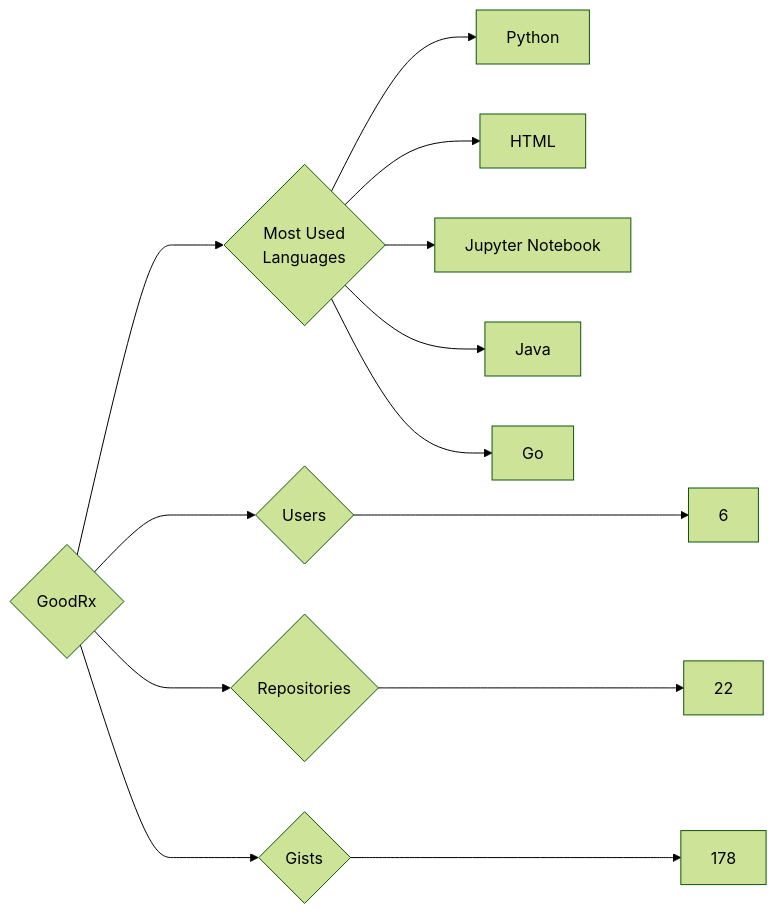
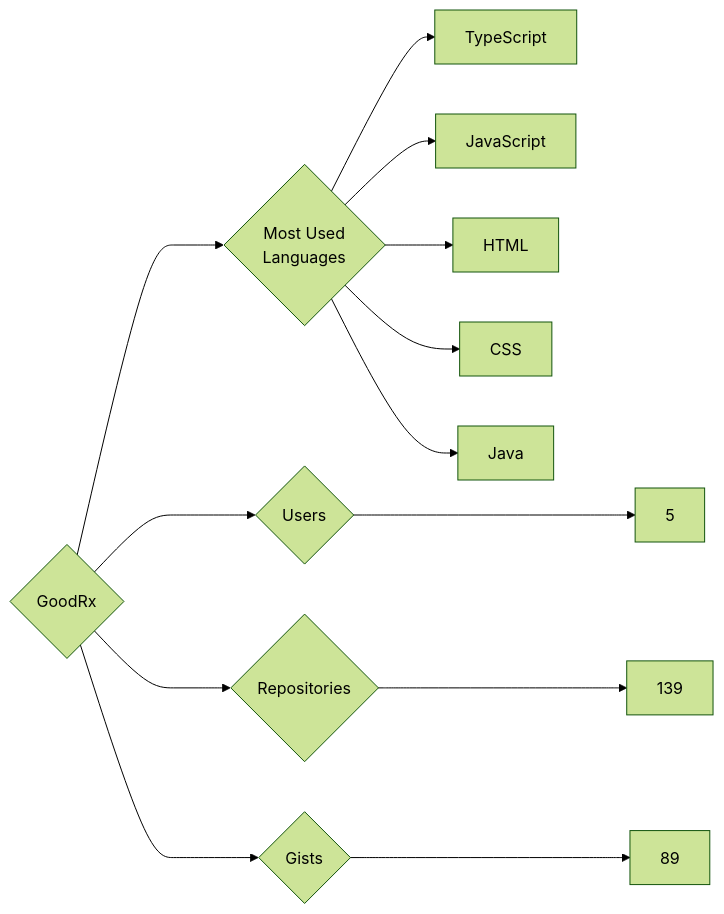
The diagram in targets/GoodRx/README.md (trickest/insiders), drawn with Mermaid (forest theme) before and after one commit. The commit also changed 985 other files, not shown here.

````diff
--- a/targets/GoodRx/README.md
+++ b/targets/GoodRx/README.md
@@ -3,13 +3,13 @@
 ```mermaid
 graph LR
 COMPANY_NAME{GoodRx}
-COMPANY_NAME ---> U{Users} ---> UN[6]
-COMPANY_NAME ---> R{Repositories} ---> RN[22]
-COMPANY_NAME ---> G{Gists} ---> GN[178]
+COMPANY_NAME ---> U{Users} ---> UN[5]
+COMPANY_NAME ---> R{Repositories} ---> RN[139]
+COMPANY_NAME ---> G{Gists} ---> GN[89]
 COMPANY_NAME ---> ML{Most Used<br>Languages}
-ML --> Python[Python]
+ML --> TypeScript[TypeScript]
+ML --> JavaScript[JavaScript]
 ML --> HTML[HTML]
-ML --> Jupyter_Notebook[Jupyter Notebook]
+ML --> CSS[CSS]
 ML --> Java[Java]
-ML --> Go[Go]
 ```
````
